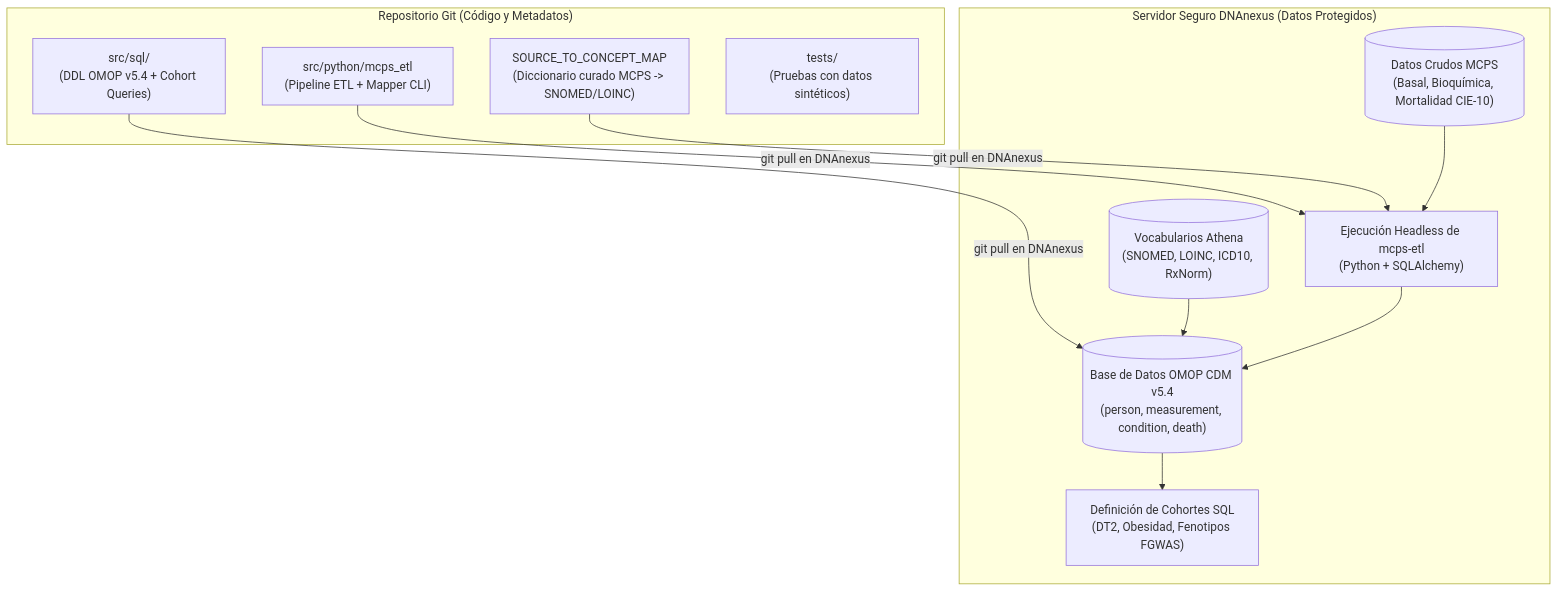
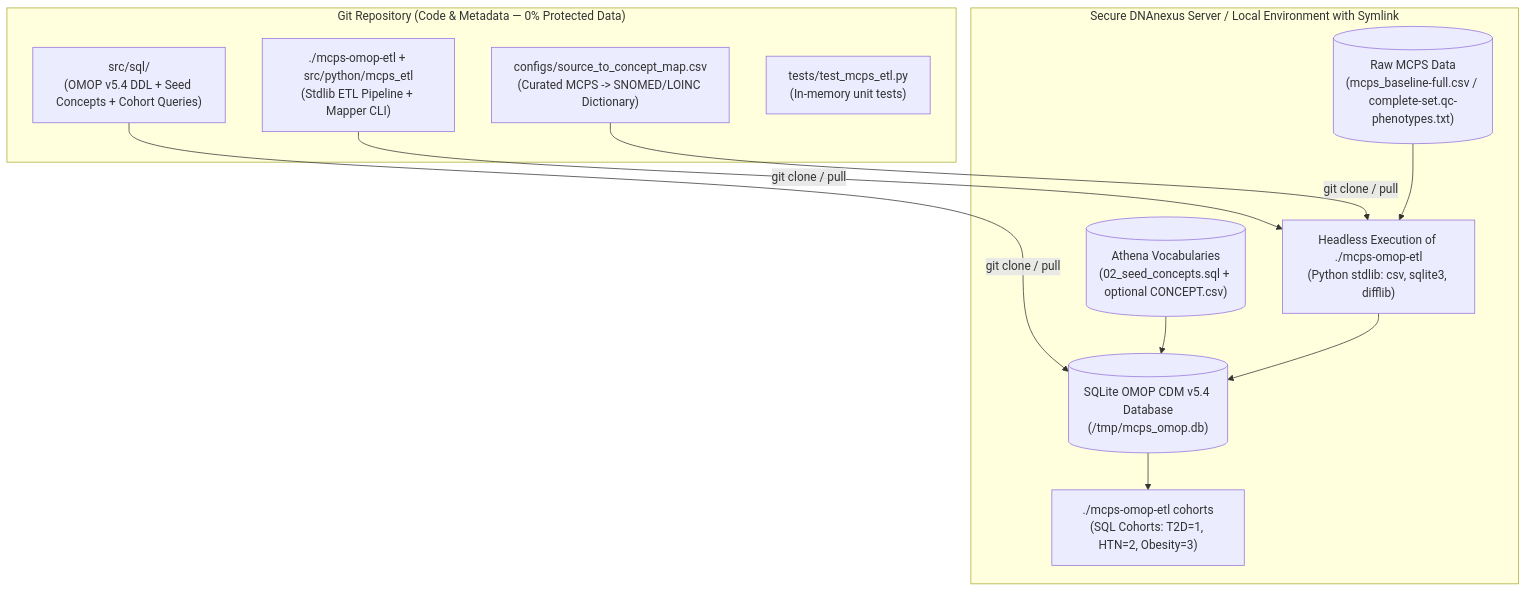
One commit to robolvhez/2027-01_ciencia-datos_proyecto-final changed the second of 2 diagrams in docs/protocol.md. Above: the diagram before and after it, drawn with Mermaid. The commit also changed other lines of this file and 6 other files, not shown here.

First line of the commit message:
feat(cohorts): make SQL cohort execution dynamic and translate protocol docs to English

````diff
--- a/docs/protocol.md
+++ b/docs/protocol.md
@@ -177,25 +170,25 @@
 ```mermaid
 flowchart TD
-    subgraph Git["Repositorio Git (Código y Metadatos)"]
-        G1["src/python/mcps_etl\n(Pipeline ETL + Mapper CLI)"]
-        G2["src/sql/\n(DDL OMOP v5.4 + Cohort Queries)"]
-        G3["SOURCE_TO_CONCEPT_MAP\n(Diccionario curado MCPS -> SNOMED/LOINC)"]
-        G4["tests/\n(Pruebas con datos sintéticos)"]
+    subgraph Git["Git Repository (Code & Metadata — 0% Protected Data)"]
+        G1["./mcps-omop-etl + src/python/mcps_etl\n(Stdlib ETL Pipeline + Mapper CLI)"]
+        G2["src/sql/\n(OMOP v5.4 DDL + Seed Concepts + Cohort Queries)"]
+        G3["configs/source_to_concept_map.csv\n(Curated MCPS -> SNOMED/LOINC Dictionary)"]
+        G4["tests/test_mcps_etl.py\n(In-memory unit tests)"]
     end
 
-    subgraph DNAnexus["Servidor Seguro DNAnexus (Datos Protegidos)"]
-        D1[("Datos Crudos MCPS\n(Basal, Bioquímica, Mortalidad CIE-10)")]
-        D2[("Vocabularios Athena\n(SNOMED, LOINC, ICD10, RxNorm)")]
-        D3["Ejecución Headless de mcps-etl\n(Python + SQLAlchemy)"]
-        D4[("Base de Datos OMOP CDM v5.4\n(person, measurement, condition, death)")]
-        D5["Definición de Cohortes SQL\n(DT2, Obesidad, Fenotipos FGWAS)"]
+    subgraph DNAnexus["Secure DNAnexus Server / Local Environment with Symlink"]
+        D1[("Raw MCPS Data\n(mcps_baseline-full.csv / complete-set.qc-phenotypes.txt)")]
+        D2[("Athena Vocabularies\n(02_seed_concepts.sql + optional CONCEPT.csv)")]
+        D3["Headless Execution of ./mcps-omop-etl\n(Python stdlib: csv, sqlite3, difflib)"]
+        D4[("SQLite OMOP CDM v5.4 Database\n(/tmp/mcps_omop.db)")]
+        D5["./mcps-omop-etl cohorts\n(SQL Cohorts: T2D=1, HTN=2, Obesity=3)"]
     end
 
-    G1 -->|git pull en DNAnexus| D3
-    G2 -->|git pull en DNAnexus| D4
-    G3 -->|git pull en DNAnexus| D3
+    G1 -->|git clone / pull| D3
+    G2 -->|git clone / pull| D4
+    G3 -->|git clone / pull| D3
     D1 --> D3
     D2 --> D4
     D3 --> D4
     D4 --> D5
 ```
````
